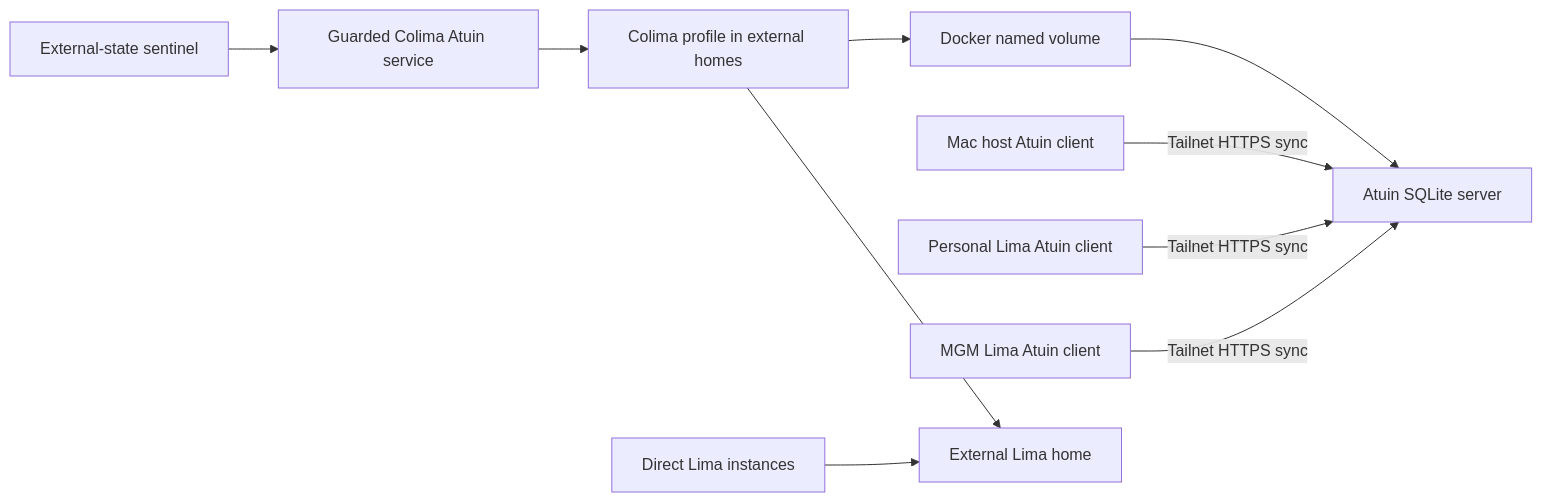
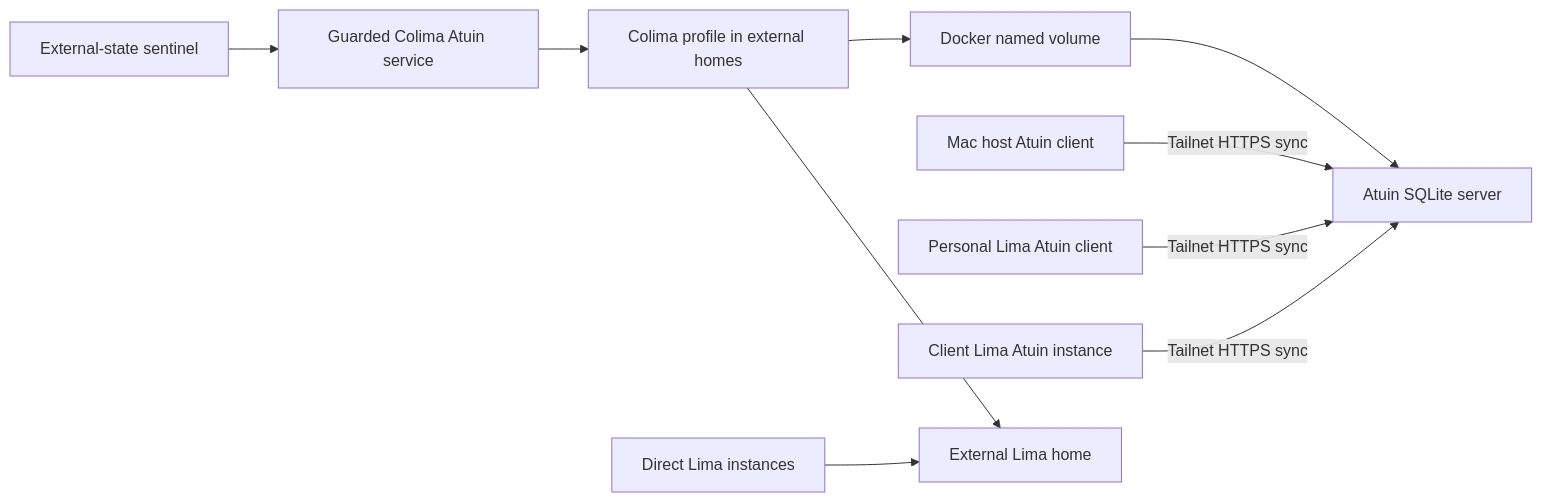
One commit to Saltiola7/dotfiles changed the diagram in docs/specs/shell_auth_startup/README.md. Above: the diagram before and after it, drawn with Mermaid. The commit also changed other lines of this file and 24 other files, not shown here.

````diff
--- a/docs/specs/shell_auth_startup/README.md
+++ b/docs/specs/shell_auth_startup/README.md
@@ -611,14 +609,14 @@
 ```mermaid
 flowchart LR
     accTitle: External Lima and Atuin deployment topology
     accDescr: The Mac mini selects external native homes for direct Lima and Colima. Colima owns the Docker named volume containing the Atuin SQLite store, while the host and two Lima clients synchronize through tailnet HTTPS.
     S[External-state sentinel] --> G[Guarded Colima Atuin service]
     G --> C[Colima profile in external homes]
     C --> D[Docker named volume]
     D --> A[Atuin SQLite server]
     H[Mac host Atuin client] -->|Tailnet HTTPS sync| A
     P[Personal Lima Atuin client] -->|Tailnet HTTPS sync| A
-    M[MGM Lima Atuin client] -->|Tailnet HTTPS sync| A
+    M[Client Lima Atuin instance] -->|Tailnet HTTPS sync| A
     L[Direct Lima instances] --> E[External Lima home]
     C --> E
 ```
````
